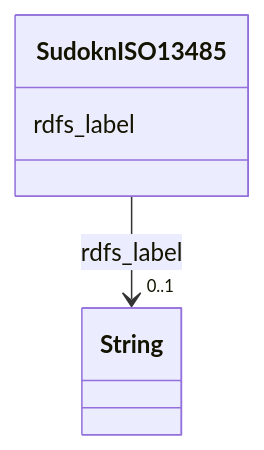
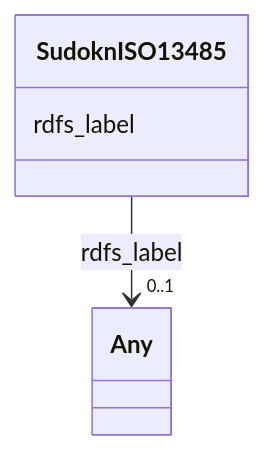
One commit to frink-okn/graph-descriptions changed the diagram in sudokn-kg/classes/SudoknISO13485.md. Above: the diagram before and after it, drawn with Mermaid. The commit also changed other lines of this file and 903 other files, not shown here.

````diff
--- a/sudokn-kg/classes/SudoknISO13485.md
+++ b/sudokn-kg/classes/SudoknISO13485.md
@@ -23,15 +18,15 @@
 ```mermaid
  classDiagram
     class SudoknISO13485
     click SudoknISO13485 href "../SudoknISO13485"
       SudoknISO13485 : rdfs_label
         
           
     
     
-    SudoknISO13485 --> "0..1" String : rdfs_label
-    click String href "../String"
+    SudoknISO13485 --> "0..1" Any : rdfs_label
+    click Any href "../Any"
 
         
       
 ```
````
